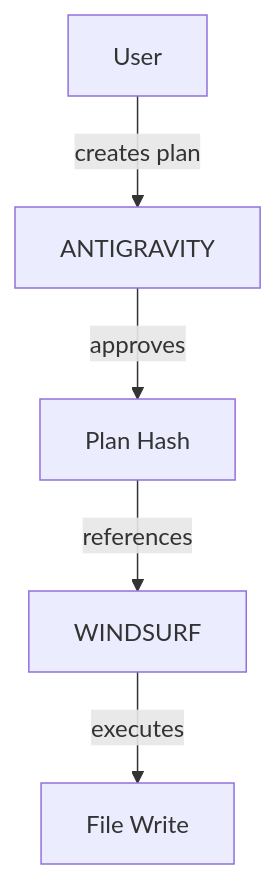
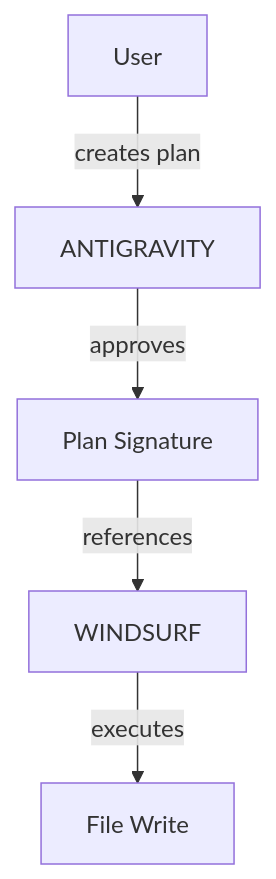
Before and after one commit to dylanmarriner/ATLAS-GATE-MCP: the first of 4 diagrams in docs/diagrams/DIAGRAM_GUIDE.md, drawn with Mermaid. The commit also changed other lines of this file and 185 other files, not shown here.

````diff
--- a/docs/diagrams/DIAGRAM_GUIDE.md
+++ b/docs/diagrams/DIAGRAM_GUIDE.md
@@ -33,7 +33,7 @@
 ```mermaid
 graph TD
     A[User] -->|creates plan| B[ANTIGRAVITY]
-    B -->|approves| C[Plan Hash]
+    B -->|approves| C[Plan Signature]
     C -->|references| D[WINDSURF]
     D -->|executes| E[File Write]
 ```
````
